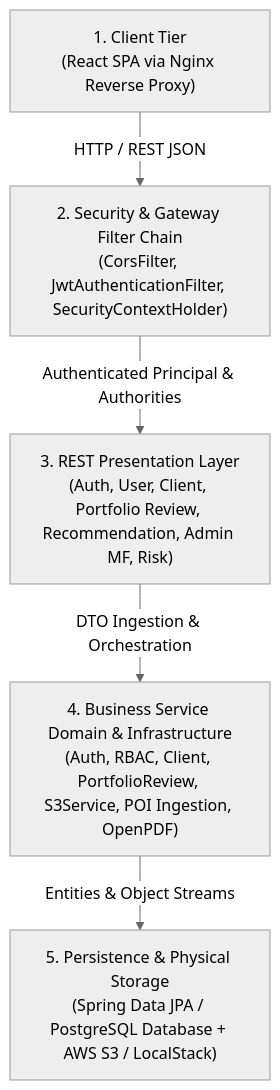
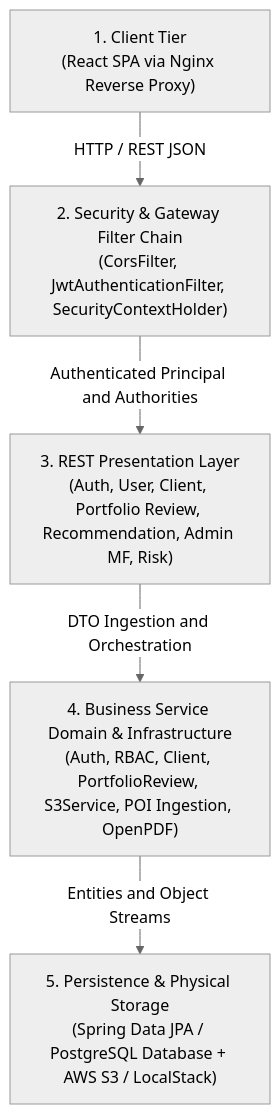
One commit to NatsuDrag9/wealth-tech-crm changed the first of 30 diagrams in docs/Uml_Diagrams.md. Above: the diagram before and after it, drawn with Mermaid (neutral theme). The commit also changed other lines of this file, not shown here.

Commit message:
docs(uml-diagrams): minor changes

````diff
--- a/docs/Uml_Diagrams.md
+++ b/docs/Uml_Diagrams.md
@@ -18,13 +18,13 @@
 ```mermaid
 flowchart TD
     Client["1. Client Tier<br/>(React SPA via Nginx Reverse Proxy)"]
     Sec["2. Security & Gateway Filter Chain<br/>(CorsFilter, JwtAuthenticationFilter, SecurityContextHolder)"]
     Web["3. REST Presentation Layer<br/>(Auth, User, Client, Portfolio Review, Recommendation, Admin MF, Risk)"]
     Service["4. Business Service Domain & Infrastructure<br/>(Auth, RBAC, Client, PortfolioReview, S3Service, POI Ingestion, OpenPDF)"]
     Storage["5. Persistence & Physical Storage<br/>(Spring Data JPA / PostgreSQL Database + AWS S3 / LocalStack)"]
 
-    Client -->|HTTP / REST JSON| Sec
-    Sec -->|Authenticated Principal & Authorities| Web
-    Web -->|DTO Ingestion & Orchestration| Service
-    Service -->|Entities & Object Streams| Storage
+    Client -->|"HTTP / REST JSON"| Sec
+    Sec -->|"Authenticated Principal and Authorities"| Web
+    Web -->|"DTO Ingestion and Orchestration"| Service
+    Service -->|"Entities and Object Streams"| Storage
 ```
````
